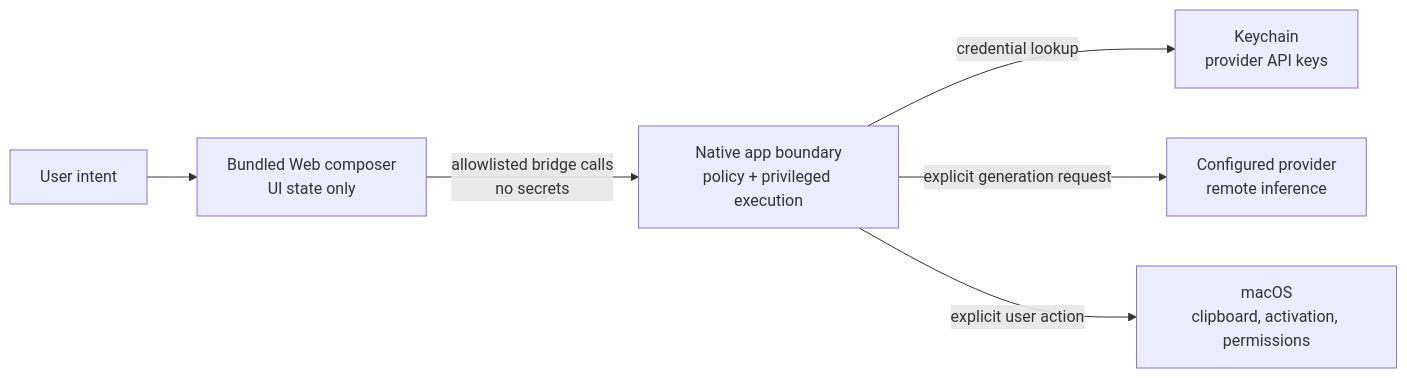
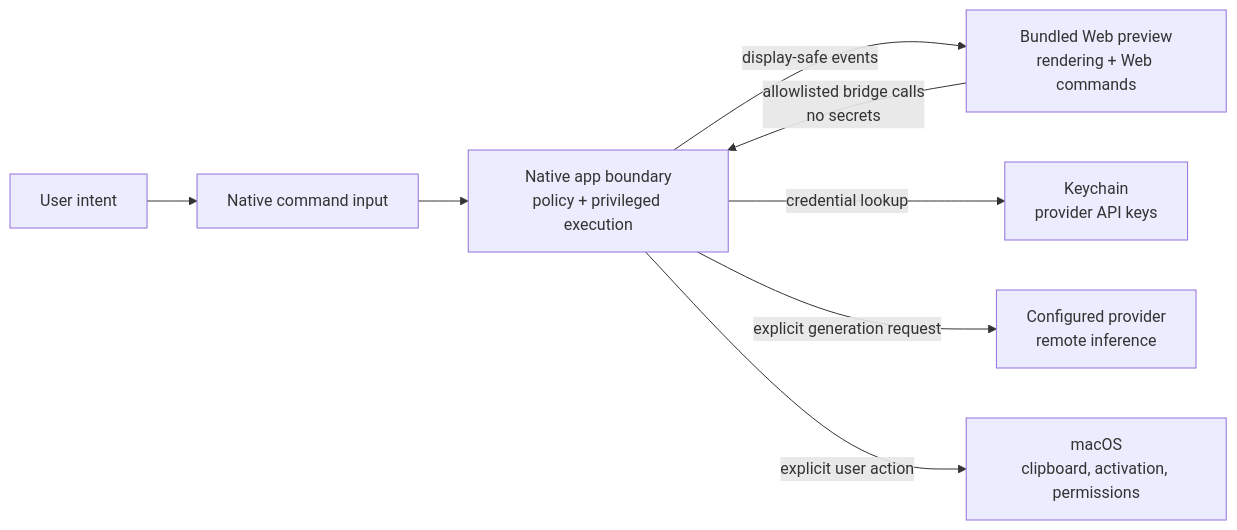
The third of 5 diagrams in docs/ARCHITECTURE.md (wnbotoo/Inputo), drawn with Mermaid before and after one commit. The commit also changed other lines of this file and 29 other files, not shown here.

Commit message:
feat: refactor UI, move preview to standalone view, move input field to native

````diff
--- a/docs/ARCHITECTURE.md
+++ b/docs/ARCHITECTURE.md
@@ -35,15 +63,18 @@
 ```mermaid
 flowchart LR
   user["User intent"]
-  web["Bundled Web composer\nUI state only"]
+  input["Native command input"]
+  web["Bundled Web preview\nrendering + Web commands"]
   native["Native app boundary\npolicy + privileged execution"]
   secrets["Keychain\nprovider API keys"]
   provider["Configured provider\nremote inference"]
   os["macOS\nclipboard, activation, permissions"]
 
-  user --> web
+  user --> input
+  input --> native
+  native -->|"display-safe events"| web
   web -->|"allowlisted bridge calls\nno secrets"| native
   native -->|"credential lookup"| secrets
   native -->|"explicit generation request"| provider
   native -->|"explicit user action"| os
 ```
````
